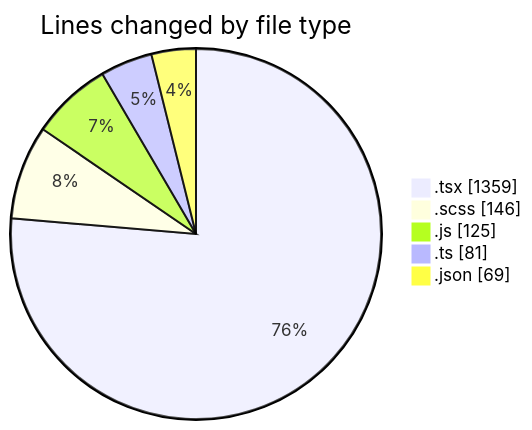
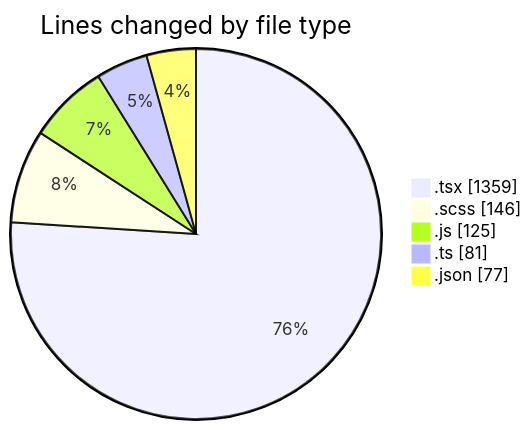
One commit to momahboobian/code-tracking changed the first of 2 diagrams in 2026-04-24/cda/README.md. Above: the diagram before and after it, drawn with Mermaid. The commit also changed other lines of this file and 1 other file, not shown here.

````diff
--- a/2026-04-24/cda/README.md
+++ b/2026-04-24/cda/README.md
@@ -32,9 +32,9 @@
 ```mermaid
 pie showData
 title Lines changed by file type
 ".tsx" : 1359
 ".scss" : 146
 ".js" : 125
 ".ts" : 81
-".json" : 69
+".json" : 77
 ```
````
